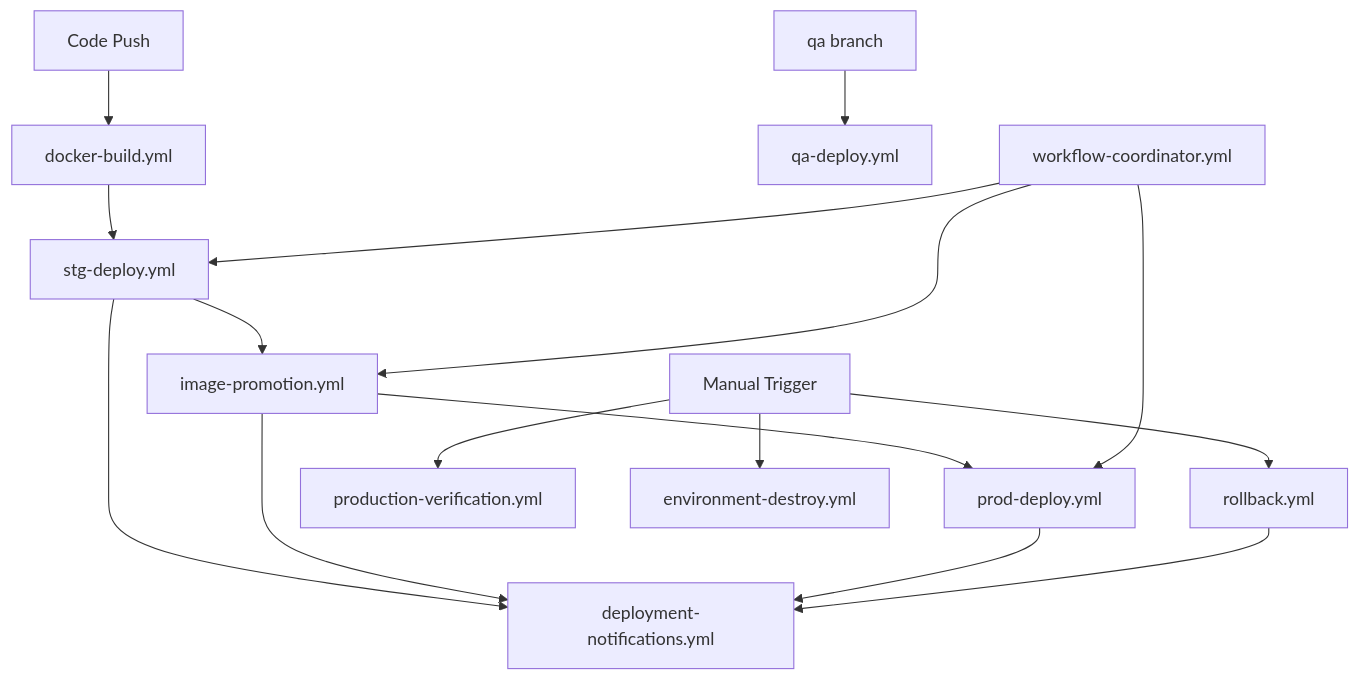
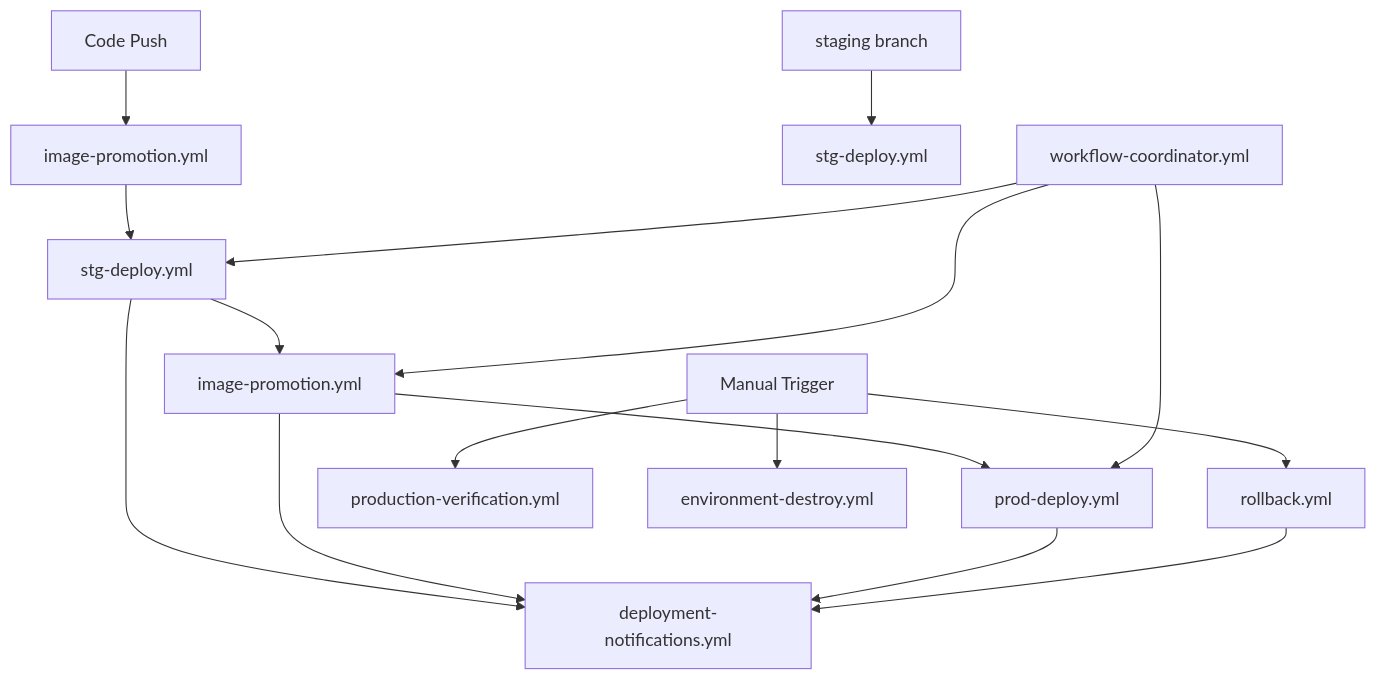
The diagram in .github/workflows/README.md (bxmty/dotca), drawn with Mermaid before and after one commit. The commit also changed other lines of this file and 11 other files, not shown here.

````diff
--- a/.github/workflows/README.md
+++ b/.github/workflows/README.md
@@ -150,22 +152,22 @@
 ```mermaid
 graph TD
-    A[Code Push] --> B[docker-build.yml]
+    A[Code Push] --> B[image-promotion.yml]
     B --> C[stg-deploy.yml]
     C --> D[image-promotion.yml]
     D --> E[prod-deploy.yml]
     
-    F[qa branch] --> G[qa-deploy.yml]
+    F[staging branch] --> G[stg-deploy.yml]
     
     H[Manual Trigger] --> I[rollback.yml]
     H --> J[production-verification.yml]
     H --> K[environment-destroy.yml]
     
     C --> L[deployment-notifications.yml]
     D --> L
     E --> L
     I --> L
     
     M[workflow-coordinator.yml] --> C
     M --> D
     M --> E
 ```
````
